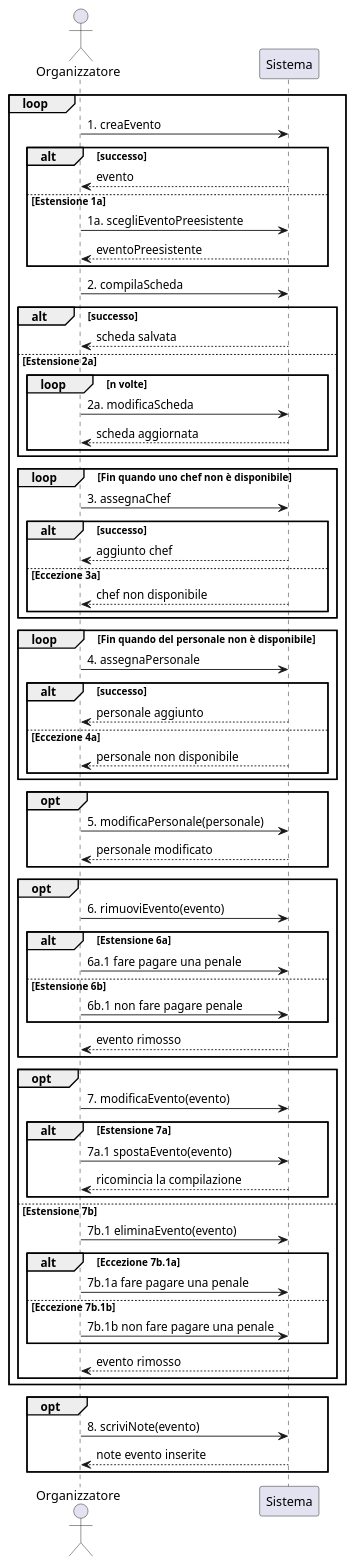
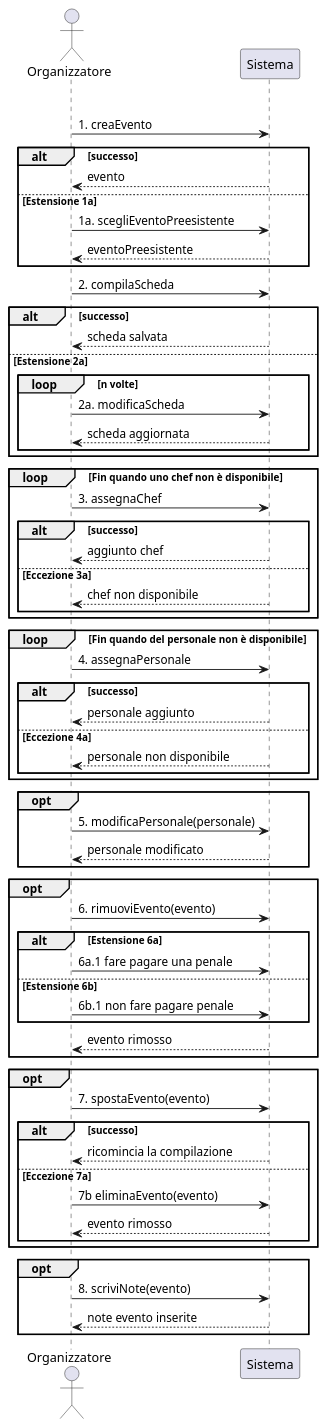
Before and after one commit to m0canu1/sas: the diagram in ssd/ssd_gestire_eventi.md, drawn with PlantUML. The commit also changed 1 other file, not shown here.

Commit message:
SSD aggiornati

````diff
--- a/ssd/ssd_gestire_eventi.md
+++ b/ssd/ssd_gestire_eventi.md
@@ -1,80 +1,73 @@
 ```plantuml
 actor Organizzatore
 participant Sistema
 
 loop
 	Organizzatore -> Sistema : 1. creaEvento
 	alt successo
 		Sistema --> Organizzatore : evento 
 	else Estensione 1a
 		Organizzatore -> Sistema : 1a. scegliEventoPreesistente
 		Sistema --> Organizzatore : eventoPreesistente
 	end
 	
 	Organizzatore -> Sistema : 2. compilaScheda
 	alt successo
 		Sistema --> Organizzatore : scheda salvata
 	else Estensione 2a
 		loop n volte
 			Organizzatore -> Sistema : 2a. modificaScheda
 			Sistema --> Organizzatore : scheda aggiornata
 		end
 	end
 	
 	loop Fin quando uno chef non è disponibile
 		Organizzatore -> Sistema : 3. assegnaChef
 		alt successo
 			Sistema --> Organizzatore : aggiunto chef	
 		else Eccezione 3a 
 			Sistema --> Organizzatore : chef non disponibile
 		end
 	end
 	
 	loop Fin quando del personale non è disponibile
 		Organizzatore -> Sistema : 4. assegnaPersonale
 		alt successo
 			Sistema --> Organizzatore : personale aggiunto
 		else Eccezione 4a
 			Sistema --> Organizzatore : personale non disponibile
 		end
 	end
 	
 	opt
 		Organizzatore -> Sistema : 5. modificaPersonale(personale)
 		Sistema --> Organizzatore : personale modificato
 	end
 	
 	opt
 		Organizzatore -> Sistema : 6. rimuoviEvento(evento)
 		alt Estensione 6a
 			Organizzatore -> Sistema : 6a.1 fare pagare una penale
 		else Estensione 6b
 			Organizzatore -> Sistema : 6b.1 non fare pagare penale
 		end
 		Sistema --> Organizzatore : evento rimosso
 	end
 	
 	opt
-		Organizzatore -> Sistema : 7. modificaEvento(evento)
-		alt Estensione 7a
-			Organizzatore -> Sistema : 7a.1 spostaEvento(evento)
+		Organizzatore -> Sistema : 7. spostaEvento(evento)
+		alt successo
 			Sistema --> Organizzatore : ricomincia la compilazione
-end	
-		else Estensione 7b
-			Organizzatore -> Sistema : 7b.1 eliminaEvento(evento)
-			alt Eccezione 7b.1a
-				Organizzatore -> Sistema : 7b.1a fare pagare una penale
-			else Eccezione 7b.1b
-				Organizzatore -> Sistema : 7b.1b non fare pagare una penale
-			end
+		else Eccezione 7a
+			Organizzatore -> Sistema : 7b eliminaEvento(evento)
 			Sistema --> Organizzatore : evento rimosso
 		end
 	end
 
 opt
 	Organizzatore -> Sistema : 8. scriviNote(evento)
 	Sistema --> Organizzatore : note evento inserite
 end
 
 
 ```
````
